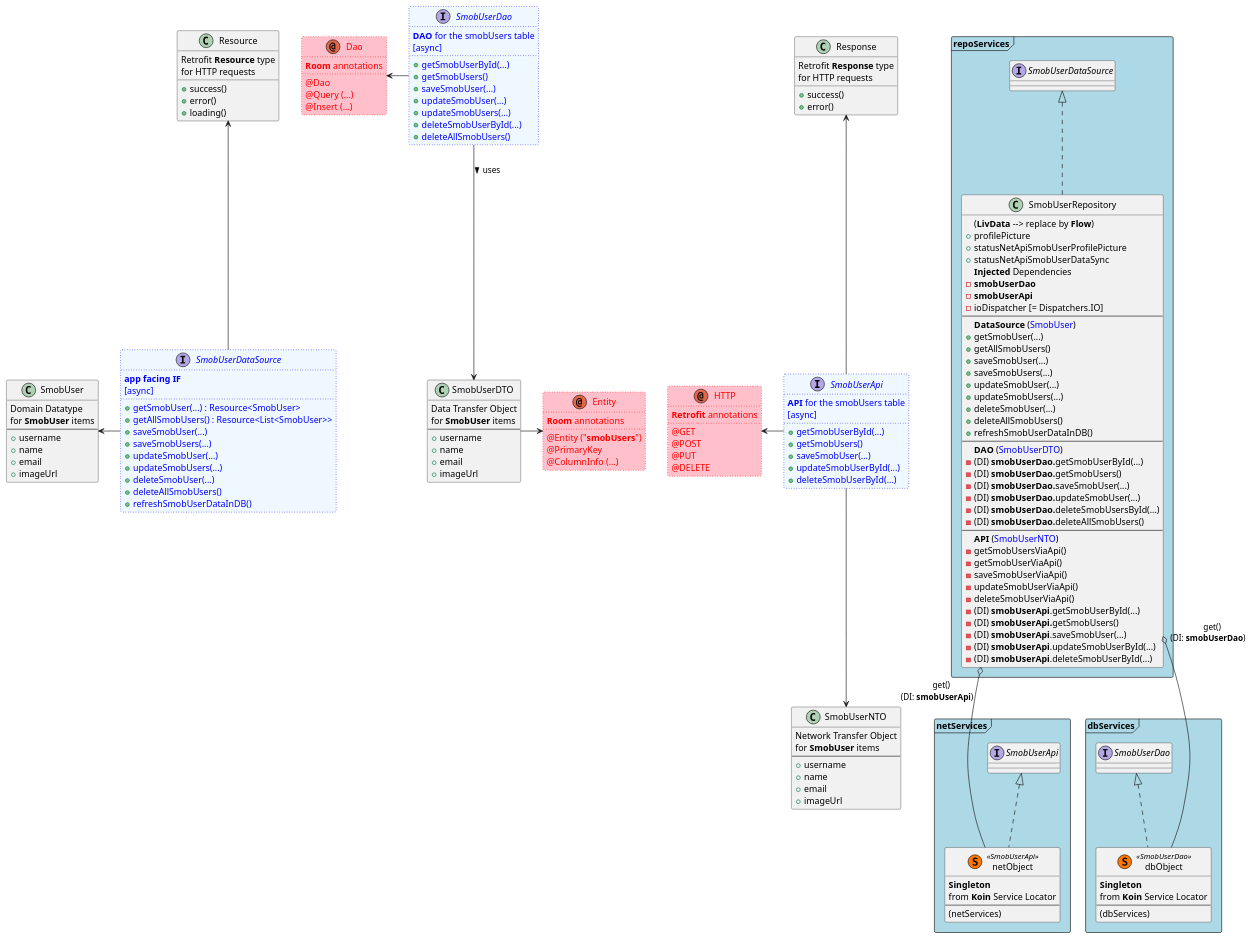
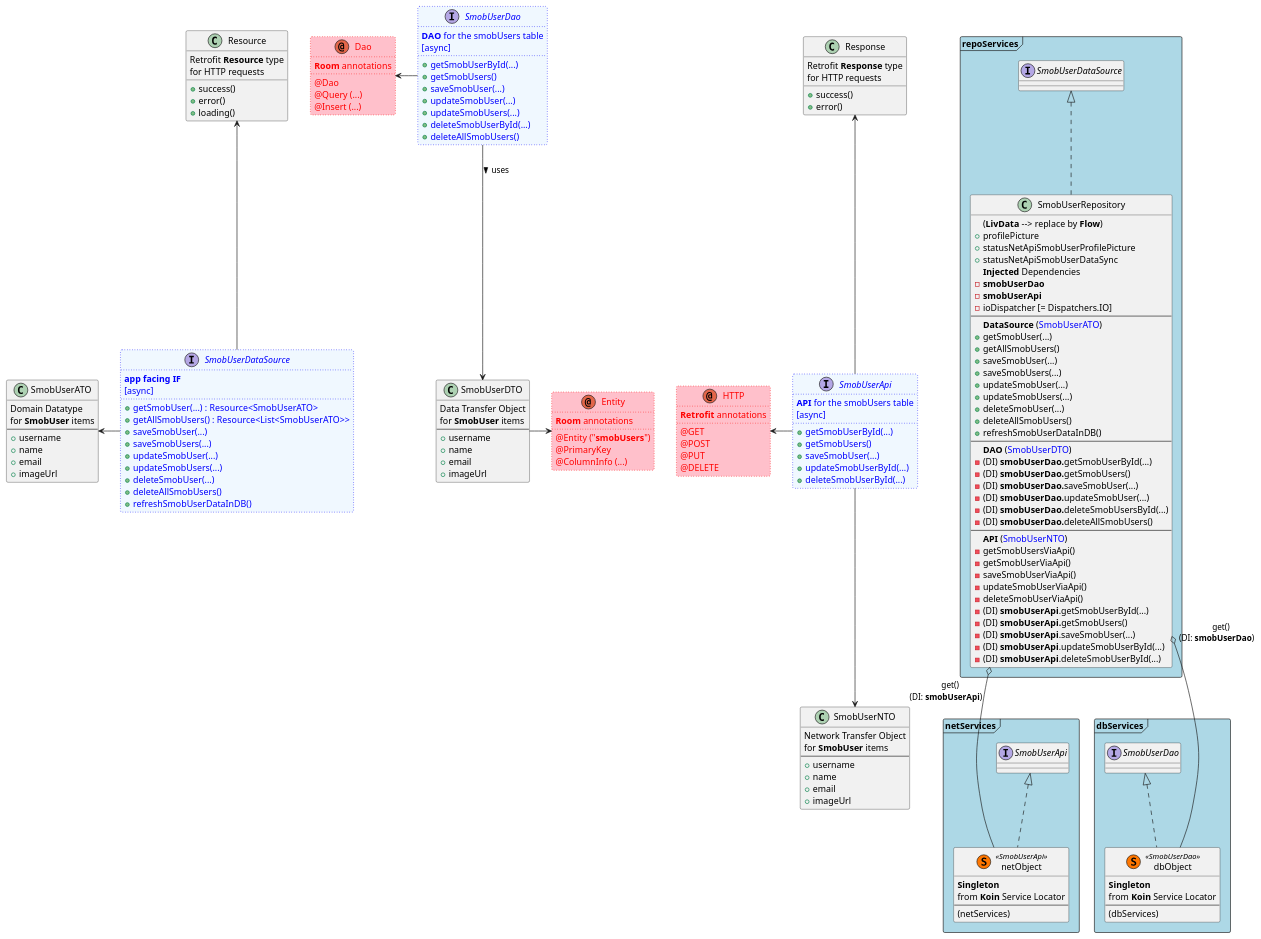
Before and after one commit to fwornle/ShopMob: the diagram in doc/puml/smobUserRepository.md, drawn with PlantUML.

Commit message:
updated Repo UML diagram (ATO)

```diff
--- a/doc/puml/smobUserRepository.md
+++ b/doc/puml/smobUserRepository.md
@@ -3,8 +3,8 @@
 interface SmobUserDataSource #aliceblue;line:blue;line.dotted;text:blue {
     **app facing IF**
     [async]
-    +getSmobUser(...) : Resource<SmobUser>
-    +getAllSmobUsers() : Resource<List<SmobUser>>
+    +getSmobUser(...) : Resource<SmobUserATO>
+    +getAllSmobUsers() : Resource<List<SmobUserATO>>
     +saveSmobUser(...)
     +saveSmobUsers(...)
     +updateSmobUser(...)
@@ -35,7 +35,7 @@
         -**smobUserApi**
         -ioDispatcher [= Dispatchers.IO]
         ---
-        **DataSource** (<color:Blue>SmobUser</color>)
+        **DataSource** (<color:Blue>SmobUserATO</color>)
         +getSmobUser(...)
         +getAllSmobUsers()
         +saveSmobUser(...)
@@ -171,7 +171,7 @@
     +deleteAllSmobUsers()
 }
 
-class SmobUser {
+class SmobUserATO {
 Domain Datatype
 for **SmobUser** items
 ---
@@ -181,7 +181,7 @@
 +imageUrl
 }
 
-SmobUserDataSource -left-> SmobUser
+SmobUserDataSource -left-> SmobUserATO
 
 
 SmobUserRepository o-down-- dbObject : "\n     get()\n (DI: **smobUserDao**)" " "
```
